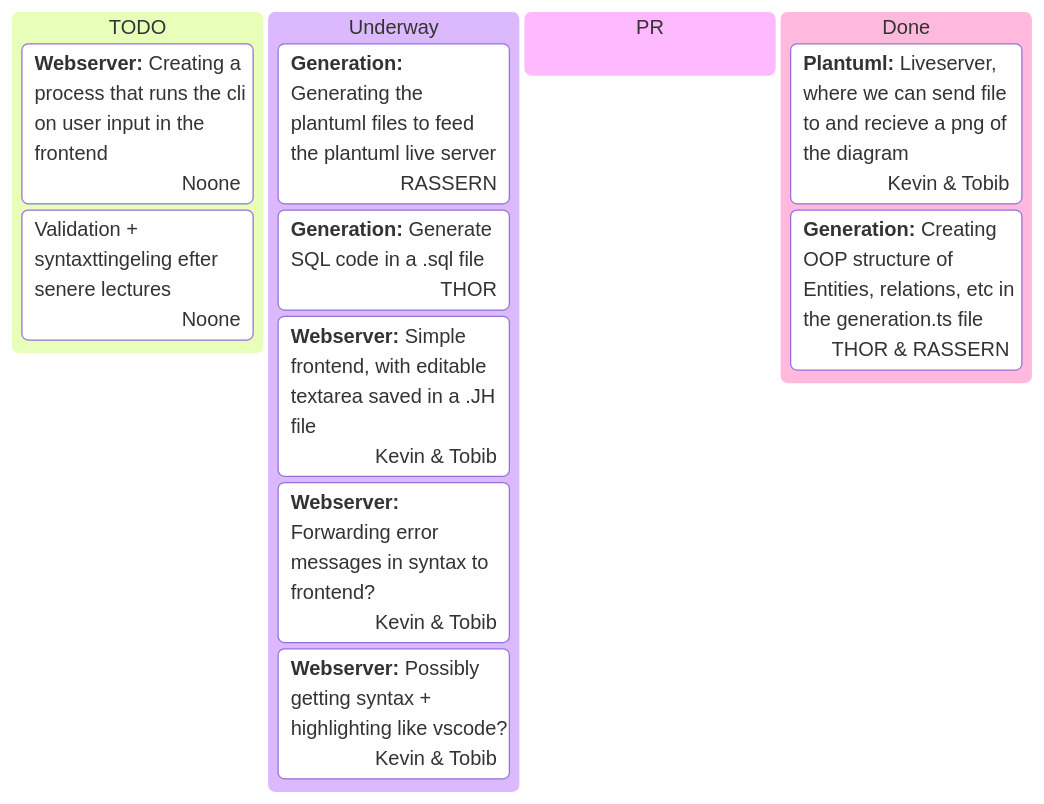
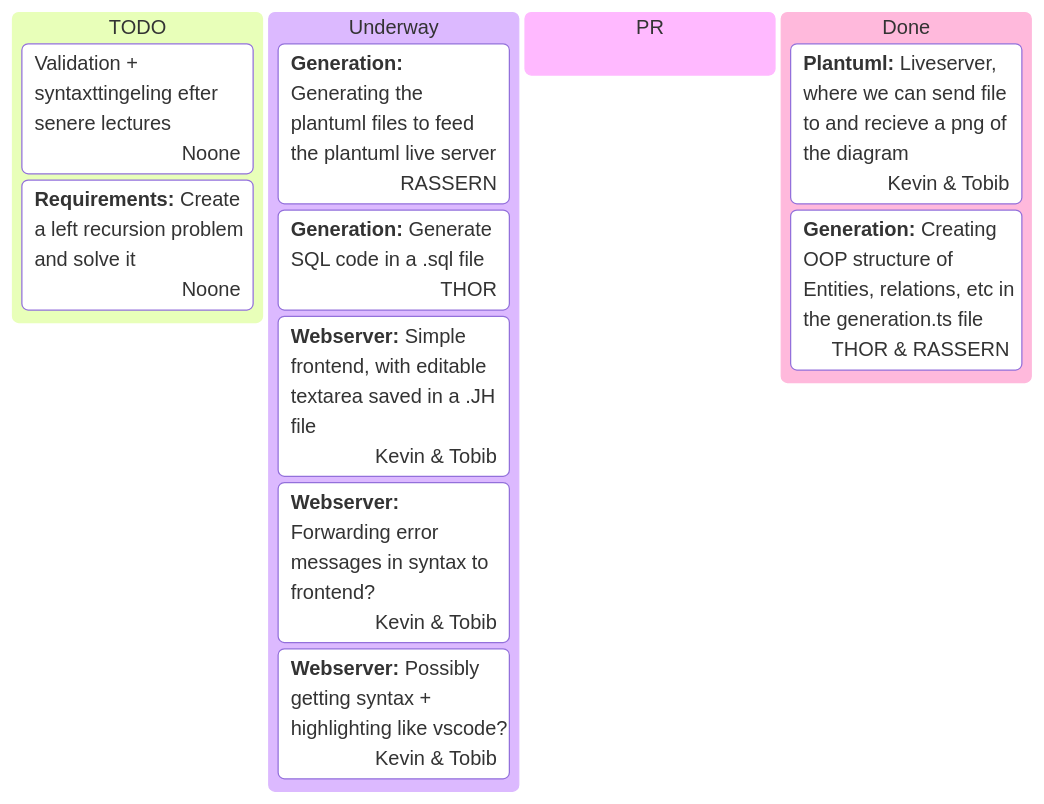
Before and after one commit to TobiasBak/mdsd: the diagram in Plan.md, drawn with Mermaid.

Commit message:
Added left-recursion task

````diff
--- a/Plan.md
+++ b/Plan.md
@@ -1,19 +1,19 @@
 ```mermaid
 kanban
     column1[TODO]
-        task7[**Webserver:** Creating a process that runs the cli on user input in the frontend]@{assigned: Noone}
         task9[Validation + syntaxttingeling efter senere lectures]@{assigned: Noone}
+        task7[**Requirements:** Create a left recursion problem and solve it]@{assigned: Noone}
     column2[Underway]
         task5[**Generation:** Generating the plantuml files to feed the plantuml live server]@{assigned: RASSERN}
         task6[**Generation:** Generate SQL code in a .sql file]@{assigned: THOR}
         task1[**Webserver:** Simple frontend, with editable textarea saved in a .JH file]@{assigned: Kevin & Tobib}
         task8[**Webserver:** Forwarding error messages in syntax to frontend?]@{assigned: Kevin & Tobib}
         task2[**Webserver:** Possibly getting syntax + highlighting like vscode?]@{assigned: Kevin & Tobib}
     column3[PR]
     column4[Done]
         task3[**Plantuml:** Liveserver, where we can send file to and recieve a png of the diagram]@{assigned: Kevin & Tobib}
         task4[**Generation:** Creating OOP structure of Entities, relations, etc in the generation.ts file]@{assigned: THOR & RASSERN}
 
 
 
 ```
````
